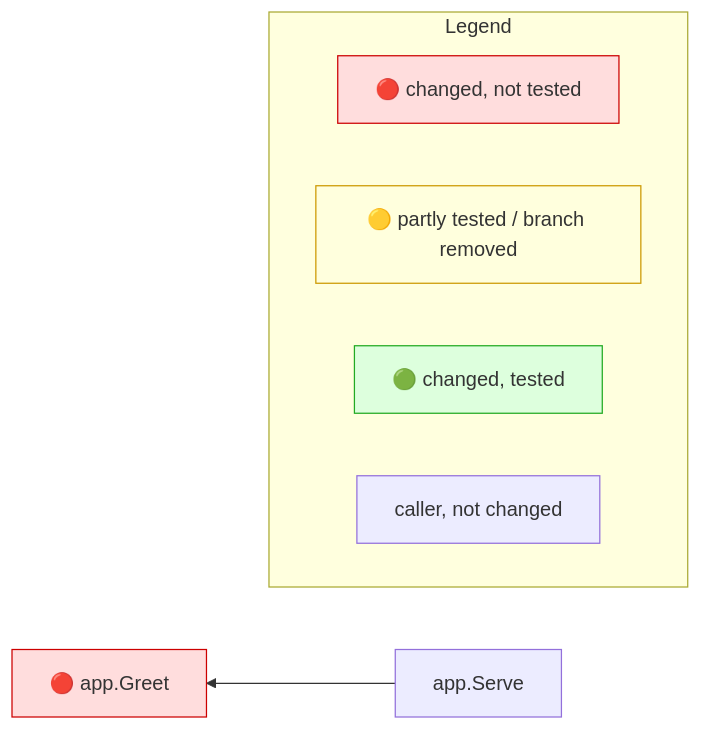
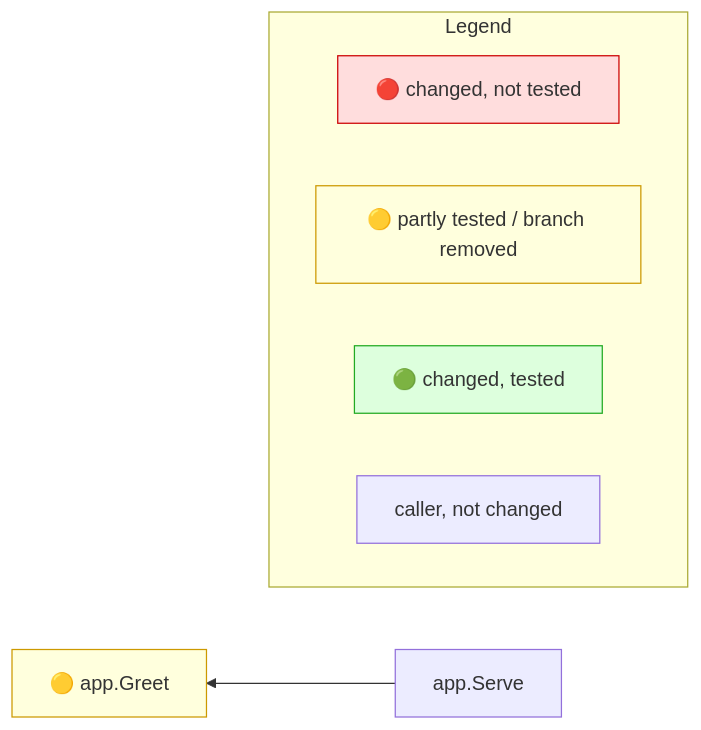
One commit to Kevinbarrero/mr-impact changed the diagram in testdata/e2e/embed_missing/expected.golden.md. Above: the diagram before and after it, drawn with Mermaid. The commit also changed other lines of this file and 32 other files, not shown here.

````diff
--- a/testdata/e2e/embed_missing/expected.golden.md
+++ b/testdata/e2e/embed_missing/expected.golden.md
@@ -11,16 +11,16 @@
 ```mermaid
 flowchart RL
-  n0["🔴 app.Greet"]:::red
+  n0["🟡 app.Greet"]:::yellow
   n1["app.Serve"]
   n1 --> n0
   subgraph legend ["Legend"]
     direction LR
     lr["🔴 changed, not tested"]:::red
     ly["🟡 partly tested / branch removed"]:::yellow
     lg["🟢 changed, tested"]:::green
     lc["caller, not changed"]
   end
   classDef red fill:#fdd,stroke:#c00
   classDef yellow fill:#ffd,stroke:#c90
   classDef green fill:#dfd,stroke:#2a2
 ```
````
